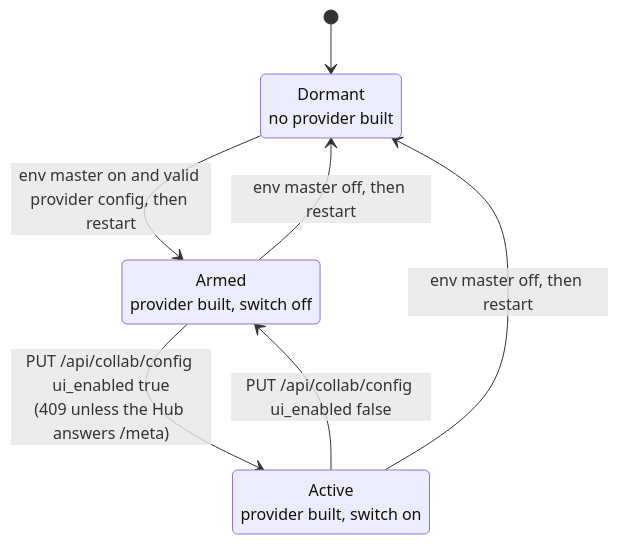
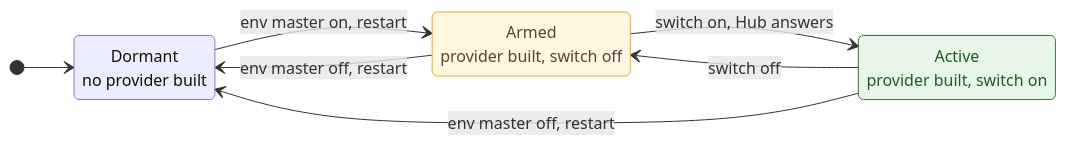
Before and after one commit to ram-020998/project-tracker: the third of 5 diagrams in genesis/architecture/modules/collaboration-hub.md, drawn with Mermaid. The commit also changed other lines of this file and 24 other files, not shown here.

First line of the commit message:
architecture: rewrite all 86 Mermaid diagrams to one C4 style, each render-checked

````diff
--- a/genesis/architecture/modules/collaboration-hub.md
+++ b/genesis/architecture/modules/collaboration-hub.md
@@ -177,12 +186,18 @@
 ```mermaid
 stateDiagram-v2
-    [*] --> Dormant
-    Dormant: Dormant<br/>no provider built
-    Armed: Armed<br/>provider built, switch off
-    Active: Active<br/>provider built, switch on
-    Dormant --> Armed: env master on and valid provider config, then restart
-    Armed --> Active: PUT /api/collab/config ui_enabled true<br/>(409 unless the Hub answers /meta)
-    Active --> Armed: PUT /api/collab/config ui_enabled false
-    Armed --> Dormant: env master off, then restart
-    Active --> Dormant: env master off, then restart
+    direction LR
+    state "Dormant<br/>no provider built" as dormant
+    state "Armed<br/>provider built, switch off" as armed
+    state "Active<br/>provider built, switch on" as active
+    [*] --> dormant
+    dormant --> armed : env master on, restart
+    armed --> active : switch on, Hub answers
+    active --> armed : switch off
+    armed --> dormant : env master off, restart
+    active --> dormant : env master off, restart
+    class active terminal
+    class armed waiting
+    classDef terminal fill:#e8f5e9,stroke:#2e7d32,color:#1b5e20
+    classDef waiting fill:#fff8e1,stroke:#f9a825,color:#5d4037
+    classDef bad fill:#ffebee,stroke:#c62828,color:#b71c1c
 ```
````
